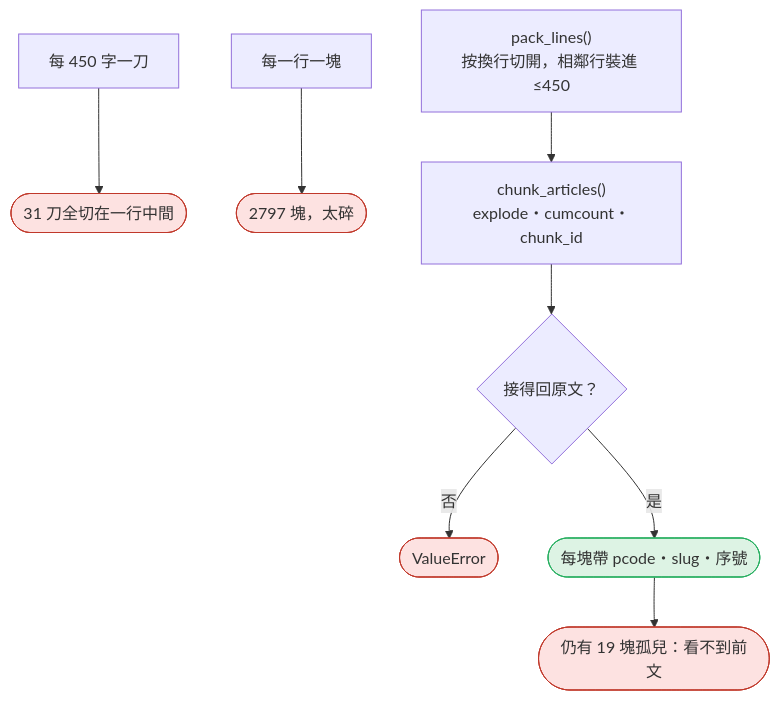
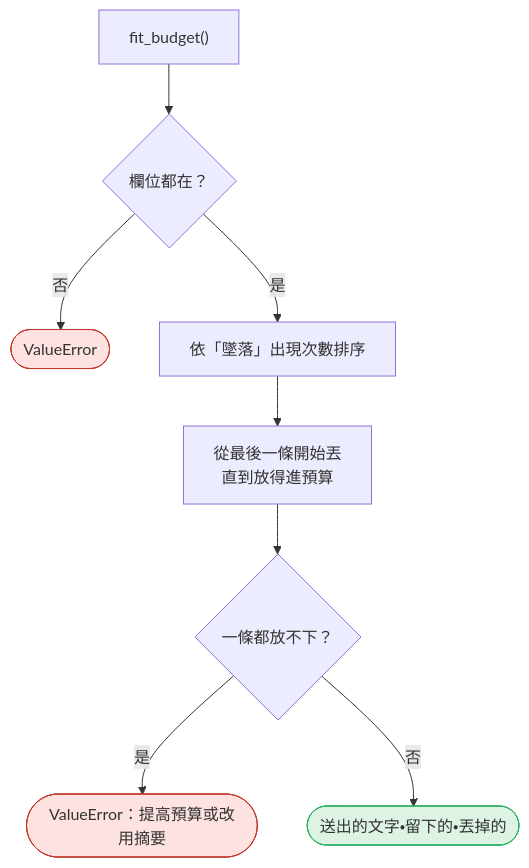
The ninth of 9 diagrams in docs/17.md (4-learn/data-analysis-and-process-demo), drawn with Mermaid before and after one commit. The commit also changed other lines of this file and 189 other files, not shown here.

````diff
--- a/docs/17.md
+++ b/docs/17.md
@@ -233,14 +258,14 @@
 ```mermaid
 flowchart TD
-    A["每 450 字一刀"] --> A1(["31 刀全切在一行中間"])
-    B["每一行一塊"] --> B1(["2797 塊，太碎"])
-    C["pack_lines()<br/>按換行切開，相鄰行裝進 ≤450"] --> D["chunk_articles()<br/>explode・cumcount・chunk_id"]
-    D --> E{"接得回原文？"}
-    E -- 否 --> E1(["ValueError"])
-    E -- 是 --> F(["每塊帶 pcode・slug・序號"])
-    F --> G(["仍有 19 塊孤兒：看不到前文"])
+    A["fit_budget()"] --> B{"欄位都在？"}
+    B -- 否 --> B1(["ValueError"])
+    B -- 是 --> C["依「墜落」出現次數排序"]
+    C --> D["從最後一條開始丟<br/>直到放得進預算"]
+    D --> E{"一條都放不下？"}
+    E -- 是 --> E1(["ValueError：提高預算或改用摘要"])
+    E -- 否 --> G(["送出的文字・留下的・丟掉的"])
     classDef bad fill:#fde2e1,stroke:#c0392b
     classDef good fill:#ddf3e4,stroke:#27ae60
-    class A1,B1,E1,G bad
-    class F good
+    class B1,E1 bad
+    class G good
 ```
````
